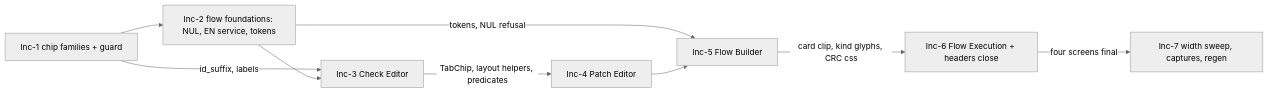
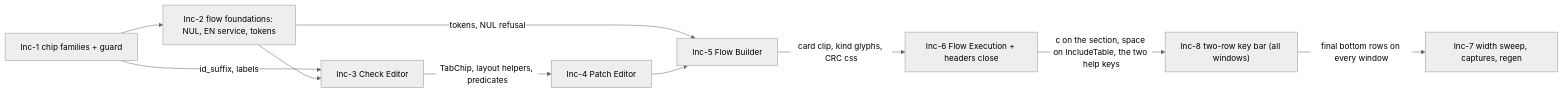
One commit to jav201/s19_app changed the third of 4 diagrams in .dev-flow/2026-10-19-batch-97/design/design-proposal.md. Above: the diagram before and after it, drawn with Mermaid (neutral theme). The commit also changed other lines of this file and 35 other files, not shown here.

First line of the commit message:
batch-97 Inc-2: flow foundations + Inc-8 key bar spec delta

````diff
--- a/.dev-flow/2026-10-19-batch-97/design/design-proposal.md
+++ b/.dev-flow/2026-10-19-batch-97/design/design-proposal.md
@@ -128,11 +132,12 @@
 ```mermaid
 graph LR
   I1["Inc-1 chip families + guard"] --> I2["Inc-2 flow foundations: NUL, EN service, tokens"]
   I1 -->|"id_suffix, labels"| I3["Inc-3 Check Editor"]
   I2 --> I3
   I3 -->|"TabChip, layout helpers, predicates"| I4["Inc-4 Patch Editor"]
   I2 -->|"tokens, NUL refusal"| I5["Inc-5 Flow Builder"]
   I4 --> I5
   I5 -->|"card clip, kind glyphs, CRC css"| I6["Inc-6 Flow Execution + headers close"]
-  I6 -->|"four screens final"| I7["Inc-7 width sweep, captures, regen"]
+  I6 -->|"c on the section, space on IncludeTable, the two help keys"| I8["Inc-8 two-row key bar (all windows)"]
+  I8 -->|"final bottom rows on every window"| I7["Inc-7 width sweep, captures, regen"]
 ```
````
